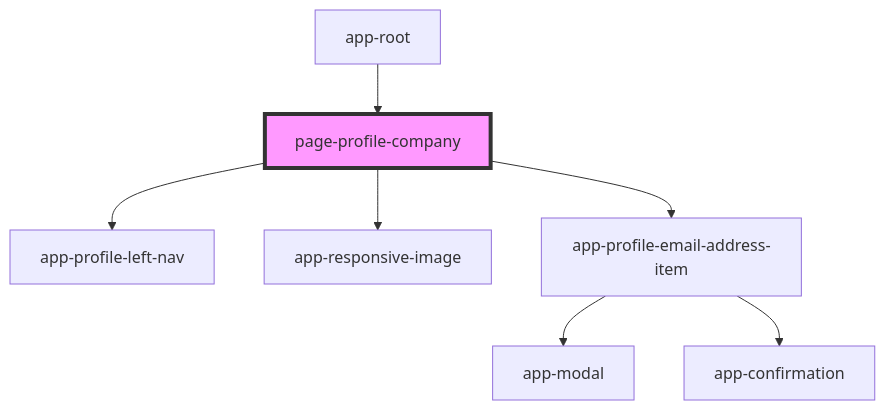
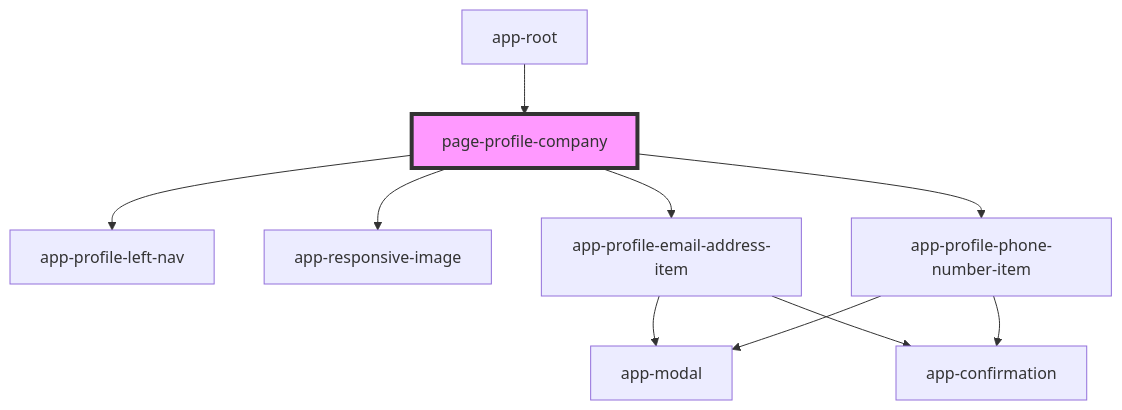
The diagram in iconeventnetwork-web/src/components/pages/page-profile-company/readme.md (lokheed/IconEventNetwork.Web), drawn with Mermaid before and after one commit. The commit also changed other lines of this file and 21 other files, not shown here.

````diff
--- a/iconeventnetwork-web/src/components/pages/page-profile-company/readme.md
+++ b/iconeventnetwork-web/src/components/pages/page-profile-company/readme.md
@@ -28,10 +29,13 @@
 ```mermaid
 graph TD;
   page-profile-company --> app-profile-left-nav
   page-profile-company --> app-responsive-image
   page-profile-company --> app-profile-email-address-item
+  page-profile-company --> app-profile-phone-number-item
   app-profile-email-address-item --> app-modal
   app-profile-email-address-item --> app-confirmation
+  app-profile-phone-number-item --> app-modal
+  app-profile-phone-number-item --> app-confirmation
   app-root --> page-profile-company
   style page-profile-company fill:#f9f,stroke:#333,stroke-width:4px
 ```
````
